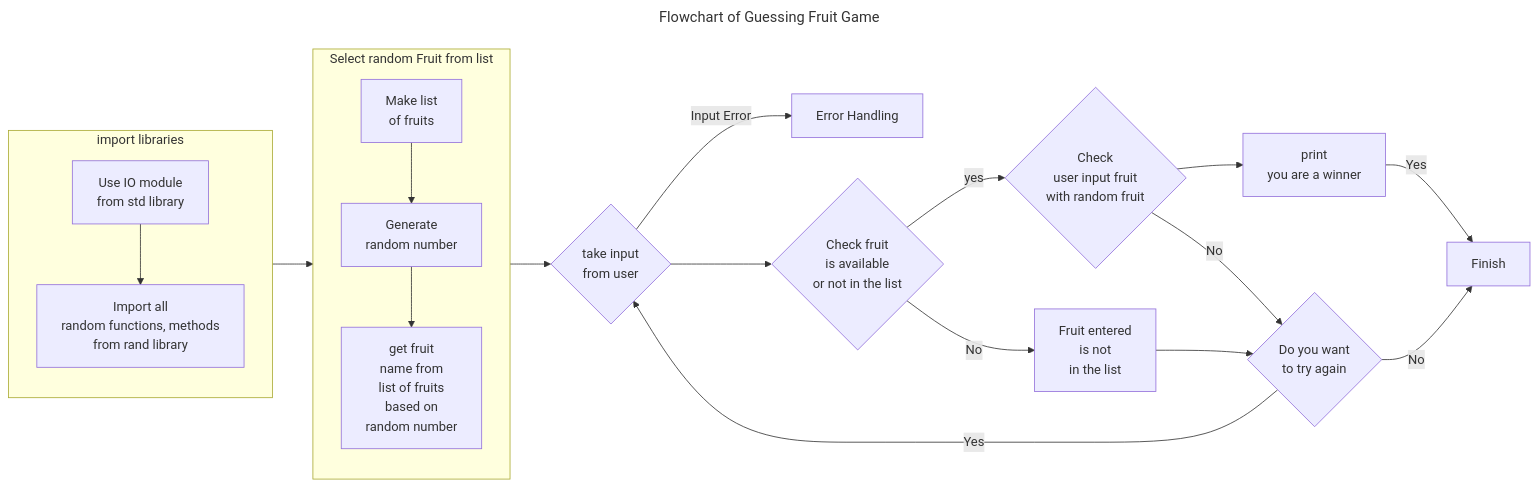
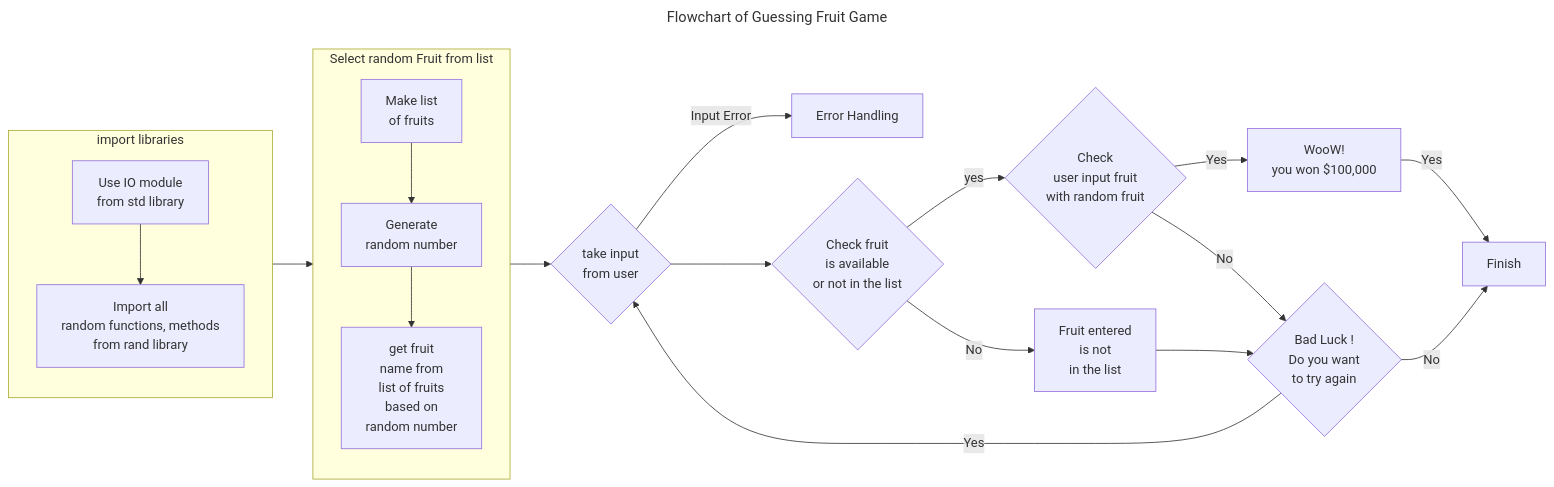
The first of 2 diagrams in README.md (Kalpa-Ranjan/rust_guessing_game), drawn with Mermaid before and after one commit.

Commit message:
Update README.md v0.05

````diff
--- a/README.md
+++ b/README.md
@@ -5,79 +5,80 @@
 ```mermaid
 ---
 title: Flowchart of Guessing Fruit Game
 ---
 flowchart LR
     subgraph import[import libraries]
     direction TB
     std[Use IO module
     from std library]
 
     rand[Import all 
     random functions, methods
      from rand library]
     end
     std --> rand
 
     subgraph select[Select random Fruit from list]
     direction TB
 
     fruitslist[Make list
     of fruits]
 
     randNo[Generate
     random number]
 
     randomfruit[get fruit
     name from 
     list of fruits 
     based on
     random number
     ]
     end
 
     fruitslist --> randNo --> randomfruit
     
     inputfromuser{take input
     from user}
 
 
 
     errorHandling[Error Handling]
 
     check{Check 
     user input fruit
     with random fruit}
 
     Checkfruit{Check fruit 
     is available 
     or not in the list}
 
     Nofruitavailable[Fruit entered
      is not 
      in the list]
 
-    Yesfruitavailable[print 
-    you are a winner]
+    Yesfruitavailable[WooW!
+    you won $100,000]
 
     Finish[Finish]
 
-    tryagain{Do you want 
+    tryagain{Bad Luck !
+    Do you want 
     to try again}
 
 
 
     import --> select --> inputfromuser --Input Error --> errorHandling 
 
     inputfromuser -->Checkfruit
 
-    Checkfruit -- yes --> check --> Yesfruitavailable --Yes --> Finish
+    Checkfruit -- yes --> check --Yes --> Yesfruitavailable --Yes --> Finish
 
     check -- No --> tryagain
     Checkfruit -- No --> Nofruitavailable --> tryagain
 
     tryagain -- No --> Finish
 
     tryagain -- Yes --> inputfromuser
 
 
 ```
````
